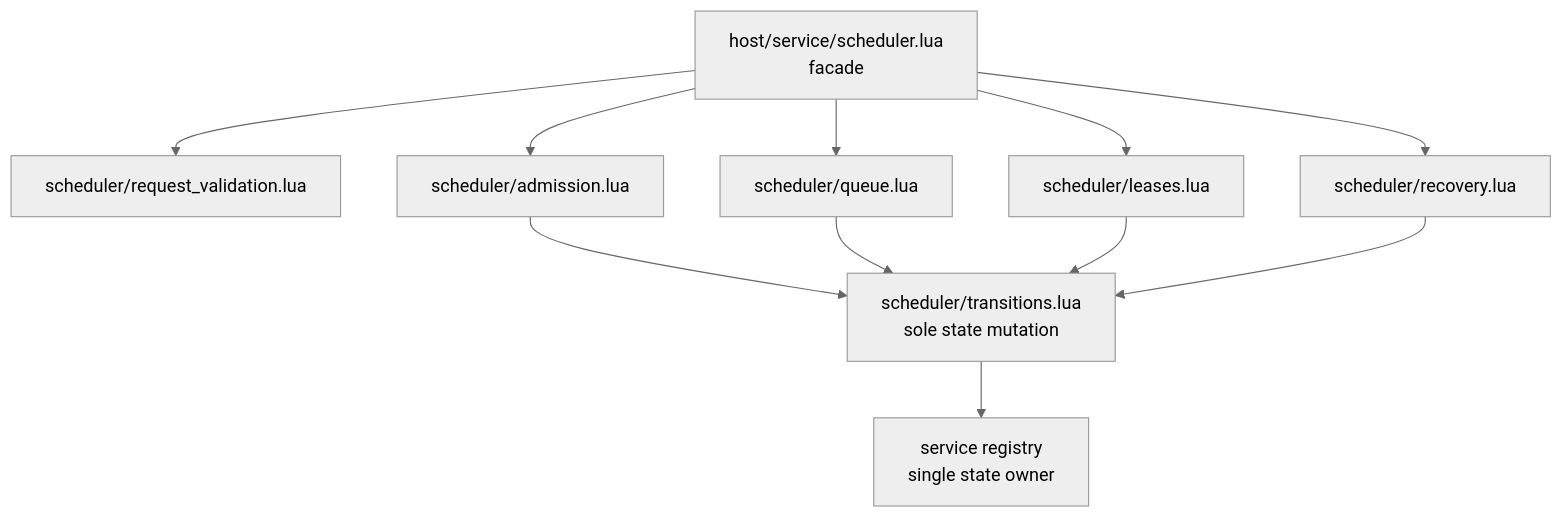
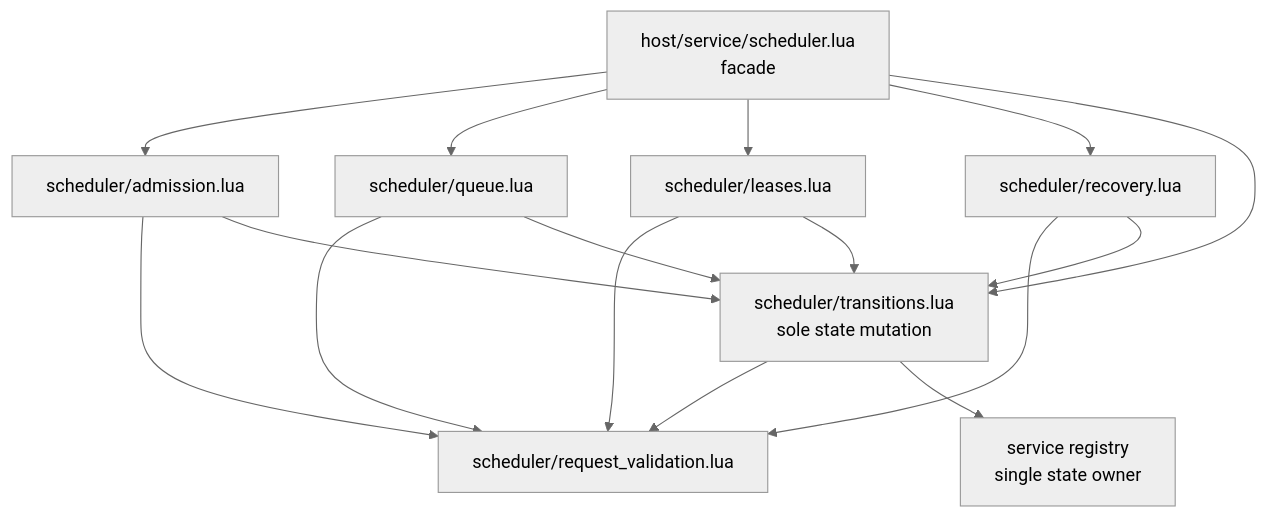
One commit to dsisco11/DwarfSpec changed the third of 5 diagrams in docs/source-organization-decomposition-proposals.md. Above: the diagram before and after it, drawn with Mermaid (neutral theme). The commit also changed 16 other files, not shown here.

````diff
--- a/docs/source-organization-decomposition-proposals.md
+++ b/docs/source-organization-decomposition-proposals.md
@@ -142,14 +142,19 @@
 ```mermaid
 flowchart TD
     scheduler["host/service/scheduler.lua<br/>facade"]
-    scheduler --> validation["scheduler/request_validation.lua"]
     scheduler --> admission["scheduler/admission.lua"]
     scheduler --> queue["scheduler/queue.lua"]
     scheduler --> leases["scheduler/leases.lua"]
     scheduler --> recovery["scheduler/recovery.lua"]
-    admission --> transitions["scheduler/transitions.lua<br/>sole state mutation"]
+    scheduler --> transitions["scheduler/transitions.lua<br/>sole state mutation"]
+    admission --> validation["scheduler/request_validation.lua"]
+    queue --> validation
+    leases --> validation
+    recovery --> validation
+    transitions --> validation
+    admission --> transitions
     queue --> transitions
     leases --> transitions
     recovery --> transitions
     transitions --> registry["service registry<br/>single state owner"]
 ```
````
